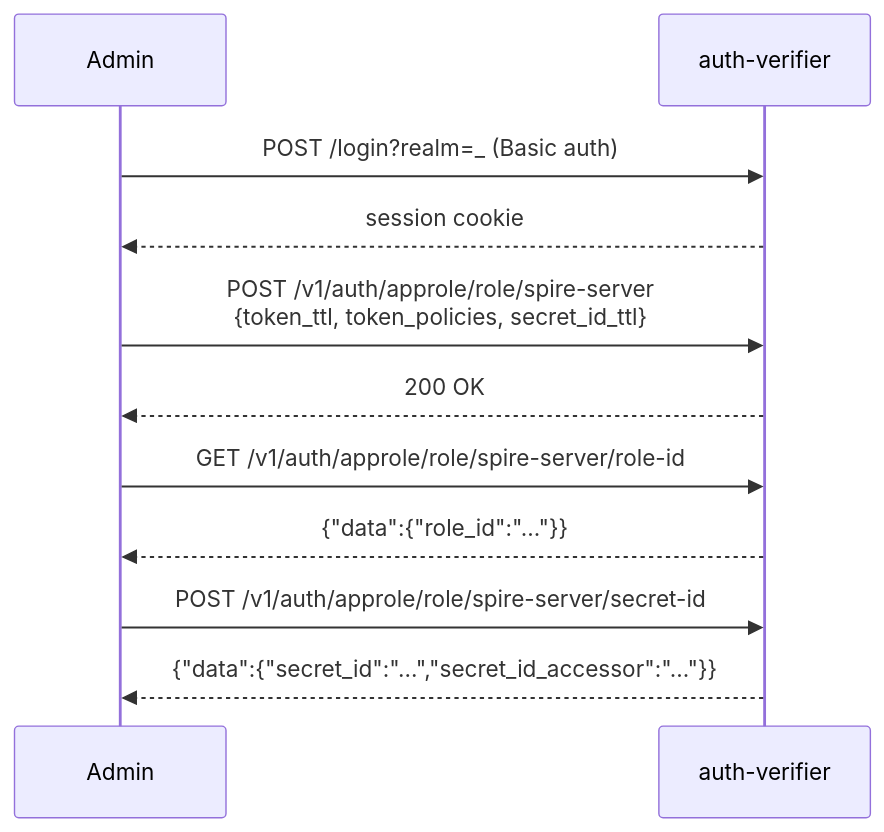
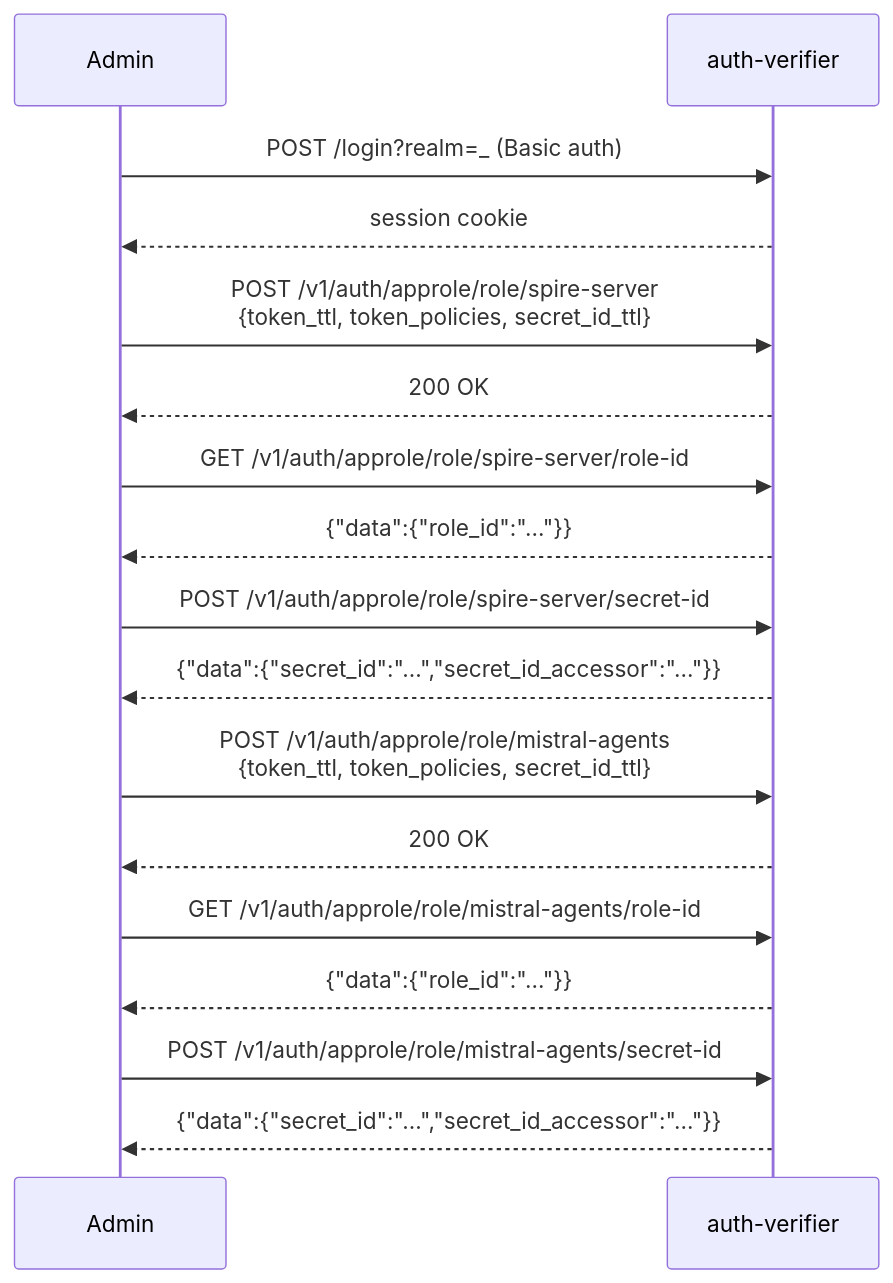
The third of 7 diagrams in documentation/docs/integrations/spire_spiffe.md (Cosmian/kms), drawn with Mermaid before and after one commit. The commit also changed other lines of this file and 3 other files, not shown here.

````diff
--- a/documentation/docs/integrations/spire_spiffe.md
+++ b/documentation/docs/integrations/spire_spiffe.md
@@ -124,14 +149,20 @@
 ```mermaid
 sequenceDiagram
     participant Admin
     participant AuthV as auth-verifier
 
     Admin->>AuthV: POST /login?realm=_ (Basic auth)
     AuthV-->>Admin: session cookie
     Admin->>AuthV: POST /v1/auth/approle/role/spire-server<br/>{token_ttl, token_policies, secret_id_ttl}
     AuthV-->>Admin: 200 OK
     Admin->>AuthV: GET /v1/auth/approle/role/spire-server/role-id
     AuthV-->>Admin: {"data":{"role_id":"..."}}
     Admin->>AuthV: POST /v1/auth/approle/role/spire-server/secret-id
     AuthV-->>Admin: {"data":{"secret_id":"...","secret_id_accessor":"..."}}
+    Admin->>AuthV: POST /v1/auth/approle/role/mistral-agents<br/>{token_ttl, token_policies, secret_id_ttl}
+    AuthV-->>Admin: 200 OK
+    Admin->>AuthV: GET /v1/auth/approle/role/mistral-agents/role-id
+    AuthV-->>Admin: {"data":{"role_id":"..."}}
+    Admin->>AuthV: POST /v1/auth/approle/role/mistral-agents/secret-id
+    AuthV-->>Admin: {"data":{"secret_id":"...","secret_id_accessor":"..."}}
 ```
````
